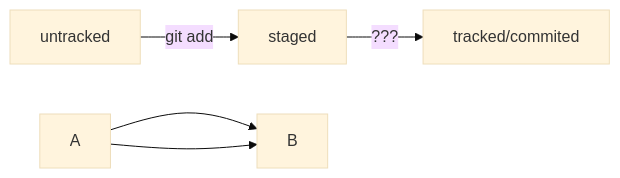
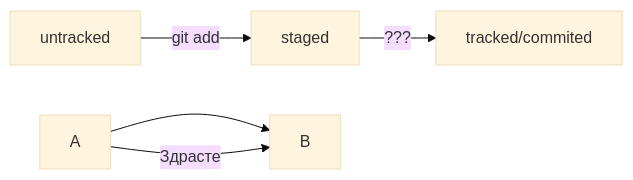
One commit to DanielRodionov/first_mac changed the diagram in README.md. Above: the diagram before and after it, drawn with Mermaid (base theme).

Commit message:
правка

````diff
--- a/README.md
+++ b/README.md
@@ -2,8 +2,8 @@
 ```mermaid
  graph LR;
 untracked -- "git add" --> staged;
 staged -- "???" --> tracked/commited;
 %% стрелка без текста для примера:
 A --> B
-A-->B
+A-- "Здрасте"-->B
 ```
````
